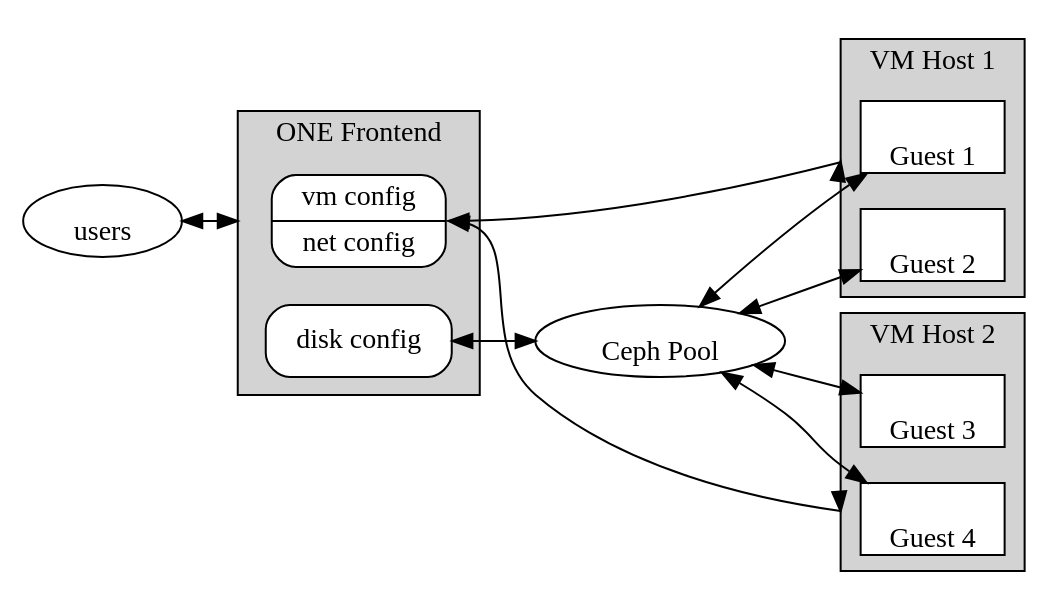
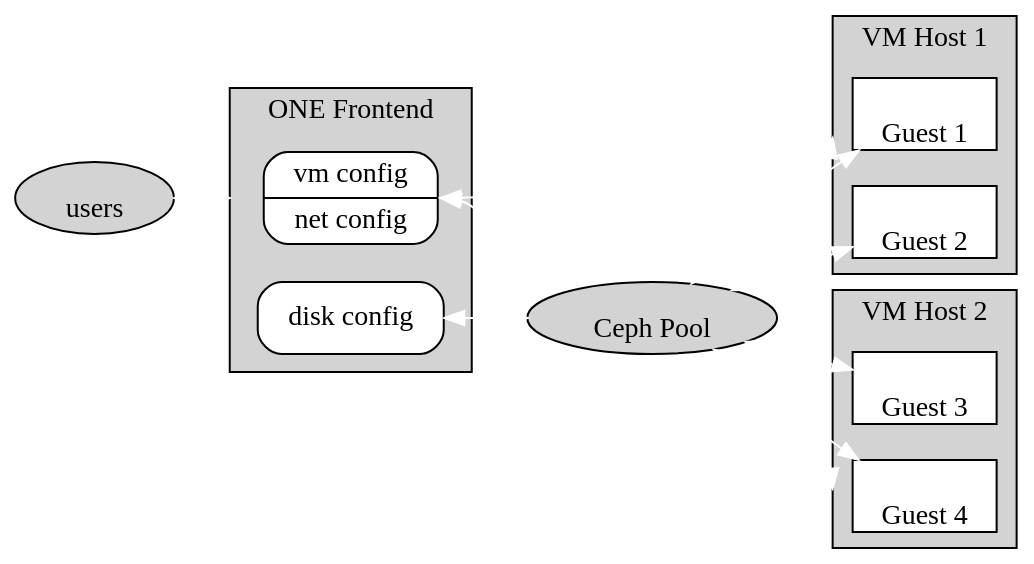
One commit to mrichar1/opennebula-talk changed the diagram in dot/opennebula.dot. Above: the diagram before and after it, drawn with Graphviz. The commit also changed 3 other files, not shown here.

```diff
--- a/dot/opennebula.dot
+++ b/dot/opennebula.dot
@@ -1,47 +1,47 @@
 digraph Ceph {
 //Defaults
 
-graph [splines=true, overlap=false, sep=0.5, compound=true, rankdir=LR]
-node [labelloc=b]
-edge [dir="both", fontsize=12]
+graph [splines=true, overlap=false, sep=0.5, compound=true, rankdir=LR, bgcolor=transparent]
+node [labelloc=b, style=filled]
+edge [dir="both", fontsize=12, color=white]
 
 users
 
 subgraph cluster_frontend {
 bgcolor=lightgrey
 label="ONE Frontend"
 vmconf [shape="Mrecord" label=" vm config | net config", style=filled, fillcolor=white, color=black]
 diskconf [shape=Mrecord label="disk config", style=filled, fillcolor=white, color=black]
 }
 
 ceph [label="Ceph Pool"]
 
 diskconf->ceph
 
 subgraph cluster_host1 {
 bgcolor=lightgrey
 label="VM Host 1"
 vmguest1 [shape=rectangle label="Guest 1", style=filled, fillcolor=white, color=black]
 vmguest2 [shape=rectangle label="Guest 2", style=filled, fillcolor=white, color=black]
 }
 
 subgraph cluster_host2 {
 bgcolor=lightgrey
 label="VM Host 2"
 vmguest3 [shape=rectangle label="Guest 3", style=filled, fillcolor=white, color=black]
 vmguest4 [shape=rectangle label="Guest 4", style=filled, fillcolor=white, color=black]
 }
 
 
 users->vmconf [lhead=cluster_frontend]
 
 // Point conf to host cluster, using lhead hack
 vmconf->vmguest1 [lhead=cluster_host1, tailport="e"]
 vmconf->vmguest4 [lhead=cluster_host2, tailport="e"]
 
 ceph->vmguest1
 ceph->vmguest2
 ceph->vmguest3
 ceph->vmguest4
 
 }
```
